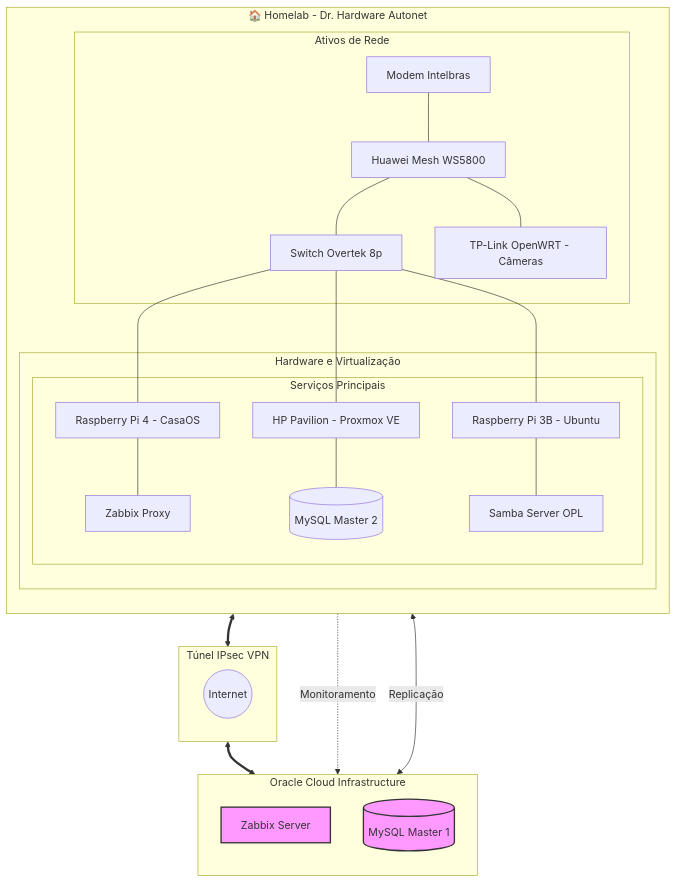
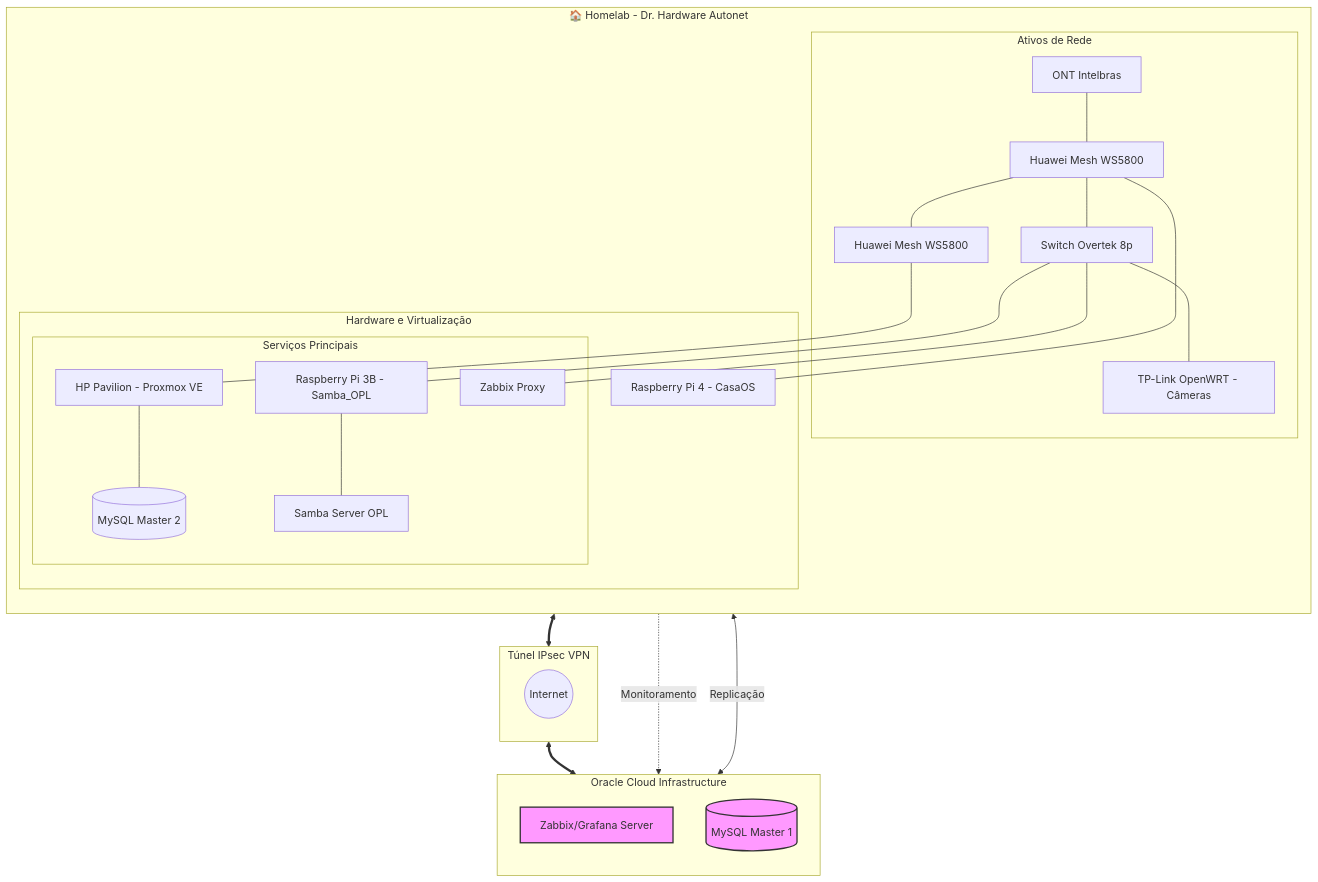
One commit to kevindexter22/Dr-Hardware-Autonet changed the diagram in Infraestructure/README.md. Above: the diagram before and after it, drawn with Mermaid.

````diff
--- a/Infraestructure/README.md
+++ b/Infraestructure/README.md
@@ -13,46 +13,47 @@
 ```mermaid
 graph TD
     %% Definição de Estilos
     classDef cloud fill:#f9f,stroke:#333,stroke-width:2px;
     classDef local fill:#bbf,stroke:#333,stroke-width:2px;
     classDef hardware fill:#dfd,stroke:#333,stroke-width:1px;
 
     subgraph OCI [Oracle Cloud Infrastructure]
         direction TB
-        ZS[Zabbix Server]:::cloud
+        ZS[Zabbix/Grafana Server]:::cloud
         M1[(MySQL Master 1)]:::cloud
     end
 
     subgraph VPN [Túnel IPsec VPN]
         direction LR
         Tunnel((Internet))
     end
 
     subgraph Home [🏠 Homelab - Dr. Hardware Autonet]
         direction TB
         
         subgraph Net [Ativos de Rede]
-            ONT[Modem Intelbras] --- R1[Huawei Mesh WS5800]
-            R1 --- SW[Switch Overtek 8p]
-            R1 --- R2[TP-Link OpenWRT - Câmeras]
+            ONT[ONT Intelbras] --- R1[Huawei Mesh WS5800]
+            R1 --- R2[Huawei Mesh WS5800]
+            R1 --- SW1[Switch Overtek 8p]
+            SW1 --- R3[TP-Link OpenWRT - Câmeras]
         end
 
         subgraph Compute [Hardware e Virtualização]
-            SW --- RPi4[Raspberry Pi 4 - CasaOS]
-            SW --- HP[HP Pavilion - Proxmox VE]
-            SW --- RPi3[Raspberry Pi 3B - Ubuntu]
+            R1 --- RPi4[Raspberry Pi 4 - CasaOS]
+            R2 --- HP[HP Pavilion - Proxmox VE]
+            SW1 --- RPi3[Raspberry Pi 3B - Samba_OPL]
             
             subgraph Services [Serviços Principais]
-                RPi4 --- ZP[Zabbix Proxy]
+                SW1 --- ZP[Zabbix Proxy]
                 HP --- M2[(MySQL Master 2)]
                 RPi3 --- Samba[Samba Server OPL]
             end
         end
     end
 
     %% Conexões Lógicas
     M1 <--> |Replicação| M2
     ZP -.-> |Monitoramento| ZS
     R1 <==> VPN <==> OCI
 
 ```
````
